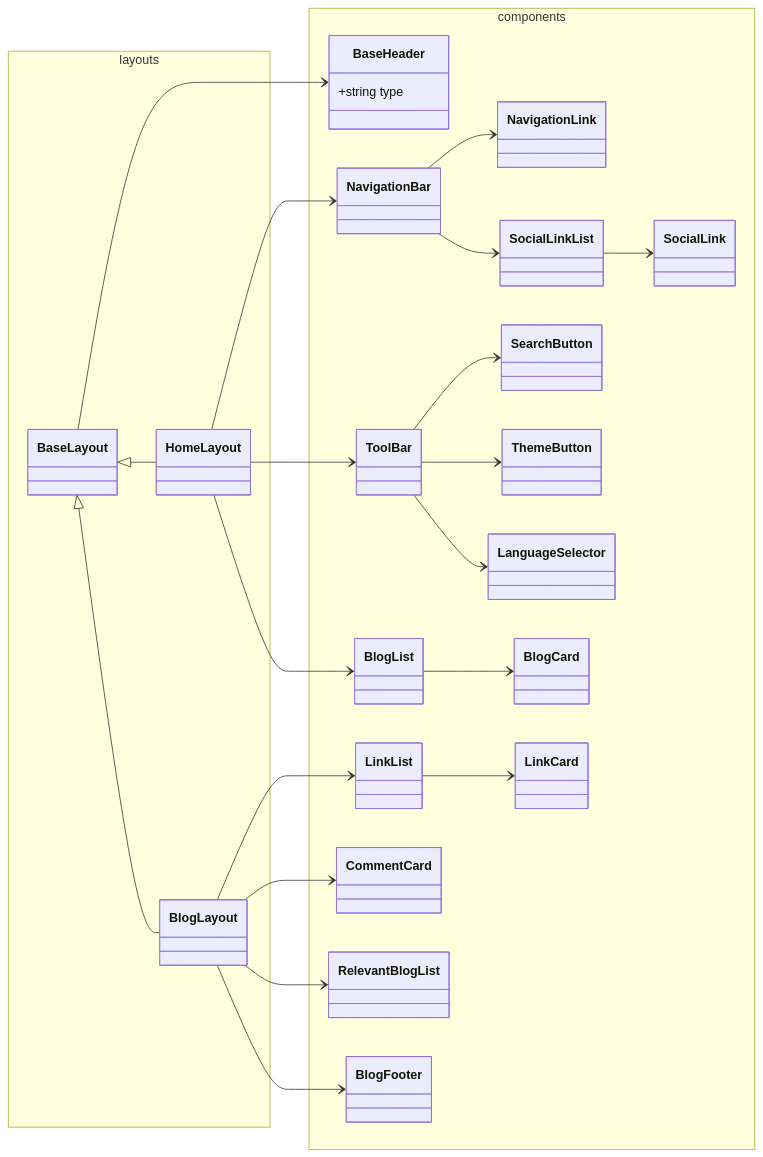
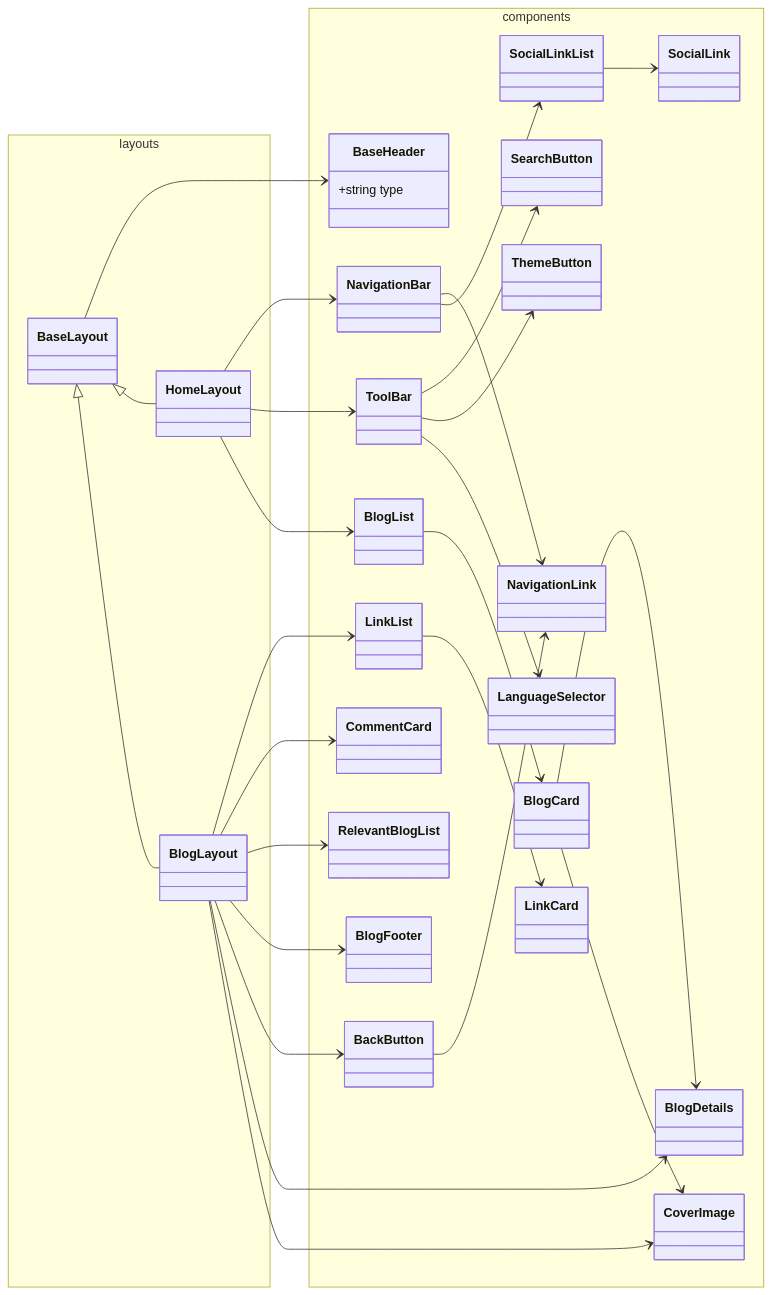
One commit to TheJiahao/TheJiahao.github.io changed the first of 2 diagrams in docs/architecture.md. Above: the diagram before and after it, drawn with Mermaid.

Commit message:
docs(architecture): Add new components

````diff
--- a/docs/architecture.md
+++ b/docs/architecture.md
@@ -5,55 +5,65 @@
 ```mermaid
 classDiagram
 direction LR
 BaseLayout --> BaseHeader
 BaseLayout <|-- HomeLayout
 BaseLayout <|-- BlogLayout
 
 HomeLayout --> NavigationBar
 HomeLayout --> ToolBar
 HomeLayout --> BlogList
 
 BlogLayout --> LinkList
 BlogLayout --> CommentCard
 BlogLayout --> RelevantBlogList
 BlogLayout --> BlogFooter
+BlogLayout --> BackButton
+BlogLayout --> BlogDetails
+BlogLayout --> CoverImage
 
 LinkList --> LinkCard
-
 BlogList --> BlogCard
+SocialLinkList --> SocialLink
 
 NavigationBar --> NavigationLink
 NavigationBar --> SocialLinkList
-SocialLinkList --> SocialLink
 
 ToolBar --> SearchButton
 ToolBar --> ThemeButton
 ToolBar --> LanguageSelector
+
+BackButton --> NavigationLink
+
+BlogCard --> BlogDetails
+BlogCard --> CoverImage
 
 namespace layouts {
     class HomeLayout
     class BlogLayout
     class BaseLayout
 }
 
 namespace components {
     class ToolBar
     class NavigationBar
     class NavigationLink
     class SocialLink
     class SocialLinkList
     class BlogCard
     class BlogList
     class LinkCard
     class LinkList
     class CommentCard
     class RelevantBlogList
     class SearchButton
     class ThemeButton
     class LanguageSelector
     class BaseHeader {
         +string type
     }
     class BlogFooter
+    class BlogDetails
+    class CoverImage
+    class BackButton
 }
 ```
````
